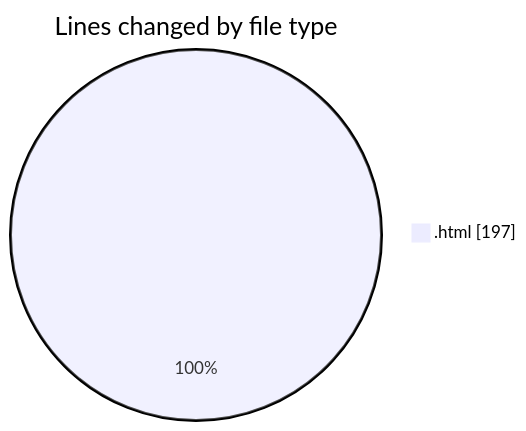
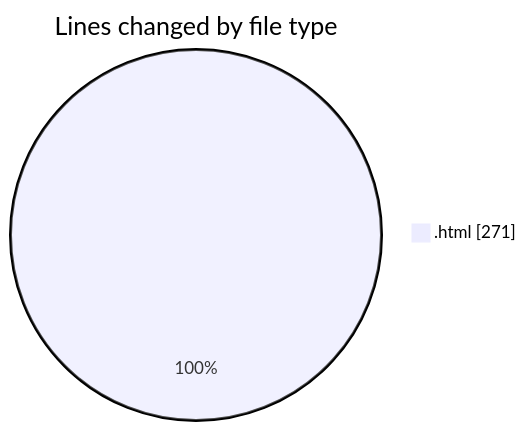
The first of 2 diagrams in 2025-08-10/nxtqube_webapp/README.md (nxtqubesakshisongat/code-tracking), drawn with Mermaid before and after one commit. The commit also changed other lines of this file and 1 other file, not shown here.

````diff
--- a/2025-08-10/nxtqube_webapp/README.md
+++ b/2025-08-10/nxtqube_webapp/README.md
@@ -21,5 +21,5 @@
 ```mermaid
 pie showData
 title Lines changed by file type
-".html" : 197
+".html" : 271
 ```
````
